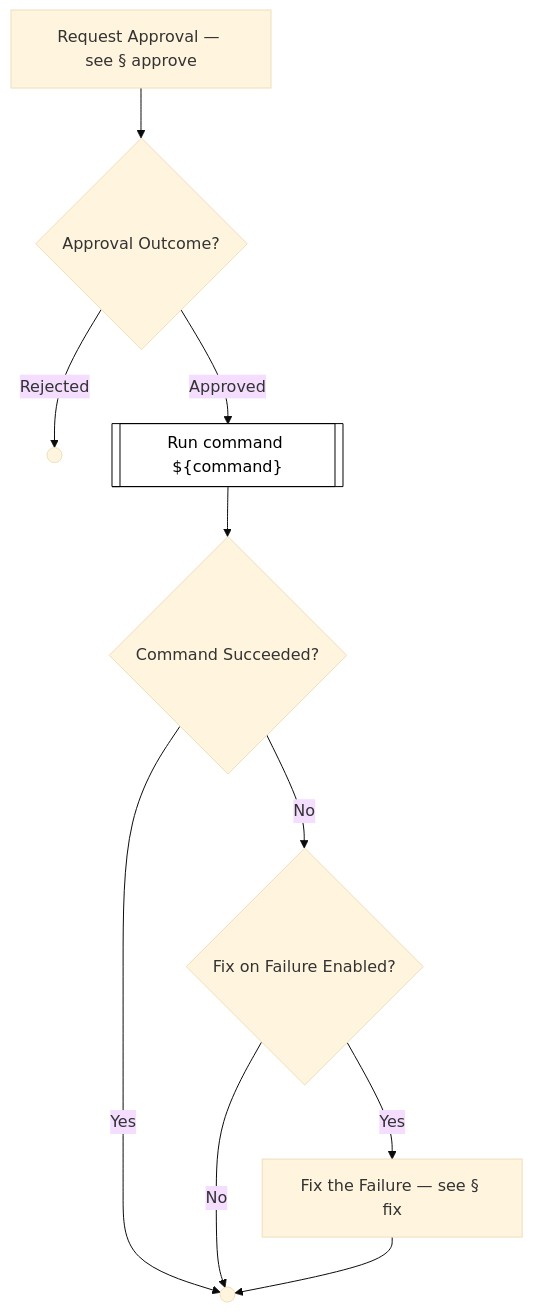
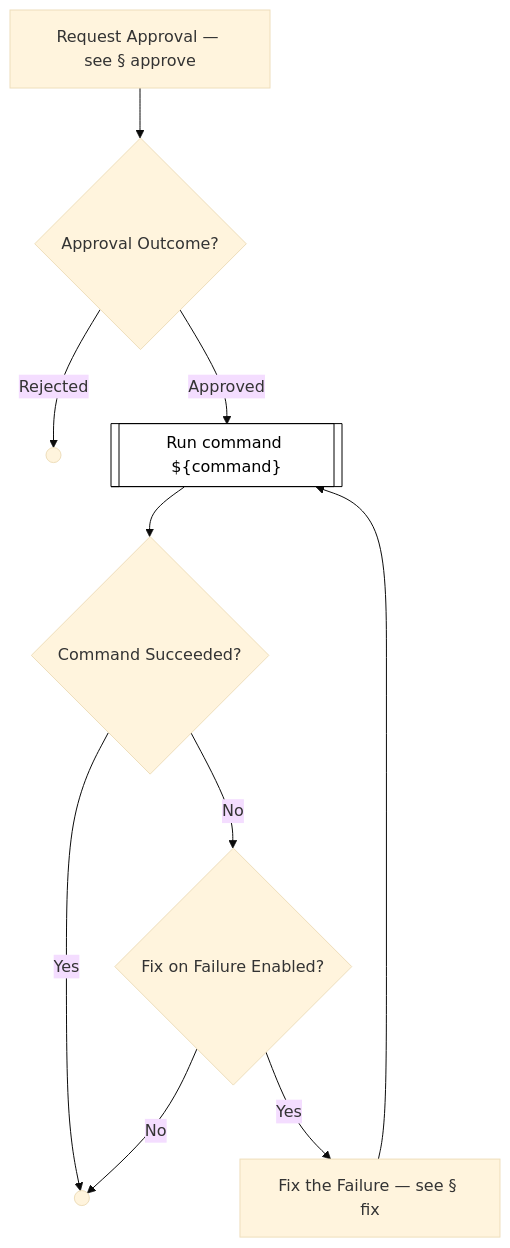
Diagram 48 of 54 in docs/process-diagram.md (optivem/gh-optivem), drawn with Mermaid (base theme) before and after one commit. The commit also changed other lines of this file and 4 other files, not shown here.

Commit message:
atdd: regenerate process-flow diagram

````diff
--- a/docs/process-diagram.md
+++ b/docs/process-diagram.md
@@ -786,24 +786,24 @@
 ```mermaid
 flowchart TD
     APPROVE_PRE[Request Approval — see § approve]
     EXECUTE_COMMAND_END(( ))
     EXECUTE_COMMAND_REJECTED_END(( ))
     FIX[Fix the Failure — see § fix]
     GATE_APPROVED_PRE{Approval Outcome?}
     GATE_COMMAND_SUCCEEDED{Command Succeeded?}
     GATE_FIX_ON_FAILURE{Fix on Failure Enabled?}
     RUN_COMMAND[["Run command ${command}"]]
 
     APPROVE_PRE --> GATE_APPROVED_PRE
     GATE_APPROVED_PRE -- Approved --> RUN_COMMAND
     GATE_APPROVED_PRE -- Rejected --> EXECUTE_COMMAND_REJECTED_END
     RUN_COMMAND --> GATE_COMMAND_SUCCEEDED
     GATE_COMMAND_SUCCEEDED -- Yes --> EXECUTE_COMMAND_END
     GATE_COMMAND_SUCCEEDED -- No --> GATE_FIX_ON_FAILURE
     GATE_FIX_ON_FAILURE -- Yes --> FIX
     GATE_FIX_ON_FAILURE -- No --> EXECUTE_COMMAND_END
-    FIX --> EXECUTE_COMMAND_END
+    FIX --> RUN_COMMAND
 
     classDef serviceNode fill:#ffffff,stroke:#000000,stroke-width:1px,color:#000000
     class RUN_COMMAND serviceNode
 ```
````
